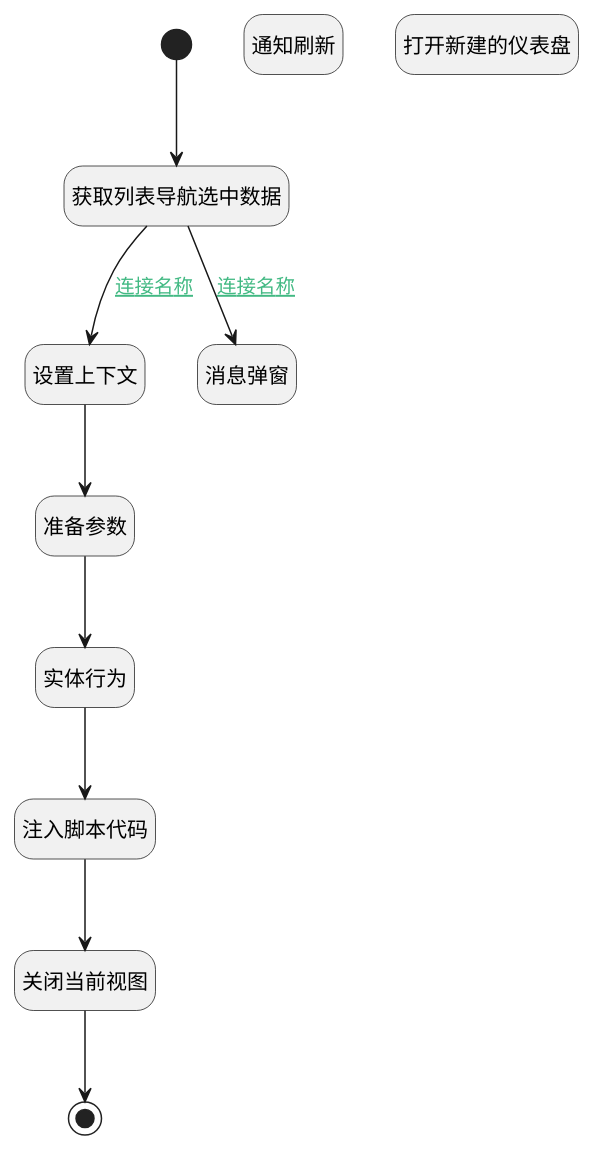
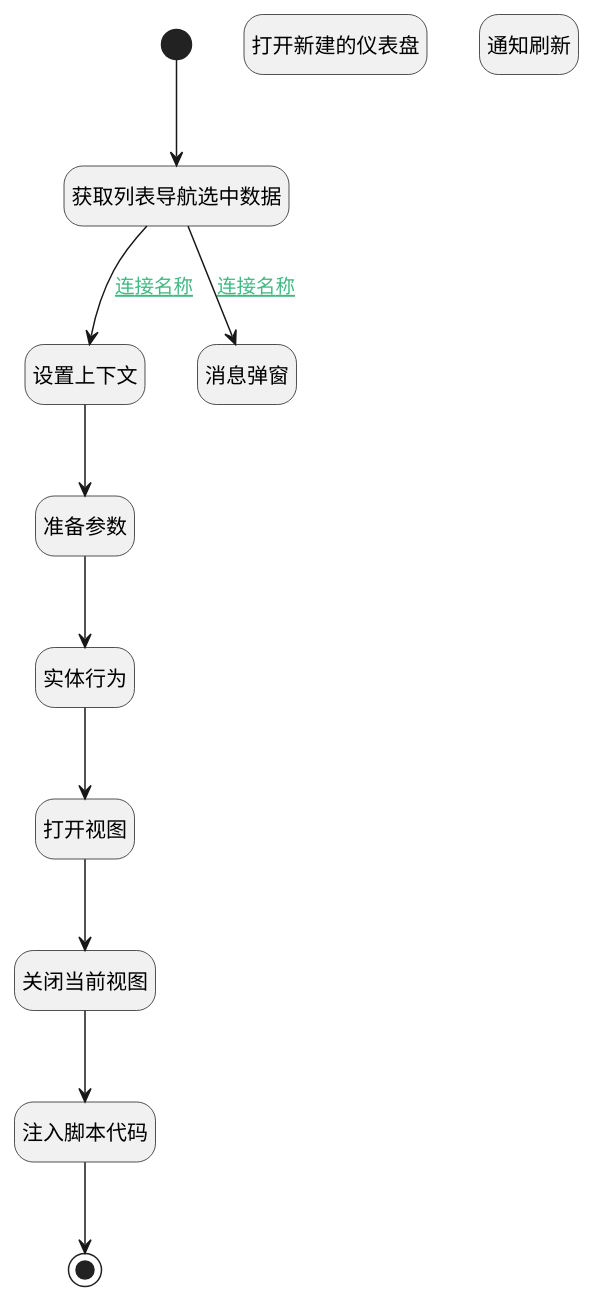
The diagram in doc/docsify/module/Base/dyna_dashboard/uilogic/use_cur_template_no_closed.md (iBizLab/plm), drawn with PlantUML before and after one commit. The commit also changed other lines of this file and 1778 other files, not shown here.

````diff
--- a/doc/docsify/module/Base/dyna_dashboard/uilogic/use_cur_template_no_closed.md
+++ b/doc/docsify/module/Base/dyna_dashboard/uilogic/use_cur_template_no_closed.md
@@ -7,35 +7,37 @@
 ```plantuml
 @startuml
 hide footbox
 <style>
 root {
   HyperlinkColor #42b983
 }
 </style>
 
 hide empty description
 state "开始" as Begin <<start>> [[$./use_cur_template_no_closed#begin {开始}]]
-state "注入脚本代码" as RAWJSCODE4  [[$./use_cur_template_no_closed#rawjscode4 {注入脚本代码}]]
-state "准备参数" as PREPAREJSPARAM2  [[$./use_cur_template_no_closed#preparejsparam2 {准备参数}]]
+state "设置上下文" as RAWJSCODE1  [[$./use_cur_template_no_closed#rawjscode1 {设置上下文}]]
+state "获取列表导航选中数据" as PREPAREJSPARAM1  [[$./use_cur_template_no_closed#preparejsparam1 {获取列表导航选中数据}]]
+state "注入脚本代码" as RAWJSCODE5  [[$./use_cur_template_no_closed#rawjscode5 {注入脚本代码}]]
+state "关闭当前视图" as RAWJSCODE2  [[$./use_cur_template_no_closed#rawjscode2 {关闭当前视图}]]
 state "实体行为" as DEACTION1  [[$./use_cur_template_no_closed#deaction1 {实体行为}]]
+state "打开新建的仪表盘" as DEUIACTION1  [[$./use_cur_template_no_closed#deuiaction1 {打开新建的仪表盘}]]
+state "打开视图" as RAWJSCODE4  [[$./use_cur_template_no_closed#rawjscode4 {打开视图}]]
 state "通知刷新" as RAWJSCODE3  [[$./use_cur_template_no_closed#rawjscode3 {通知刷新}]]
-state "关闭当前视图" as RAWJSCODE2  [[$./use_cur_template_no_closed#rawjscode2 {关闭当前视图}]]
-state "获取列表导航选中数据" as PREPAREJSPARAM1  [[$./use_cur_template_no_closed#preparejsparam1 {获取列表导航选中数据}]]
-state "设置上下文" as RAWJSCODE1  [[$./use_cur_template_no_closed#rawjscode1 {设置上下文}]]
 state "消息弹窗" as MSGBOX1  [[$./use_cur_template_no_closed#msgbox1 {消息弹窗}]]
 state "结束" as END1 <<end>> [[$./use_cur_template_no_closed#end1 {结束}]]
-state "打开新建的仪表盘" as DEUIACTION1  [[$./use_cur_template_no_closed#deuiaction1 {打开新建的仪表盘}]]
+state "准备参数" as PREPAREJSPARAM2  [[$./use_cur_template_no_closed#preparejsparam2 {准备参数}]]
 
 
 Begin --> PREPAREJSPARAM1
 PREPAREJSPARAM1 --> RAWJSCODE1 : [[$./use_cur_template_no_closed#preparejsparam1-rawjscode1{连接名称} 连接名称]]
 RAWJSCODE1 --> PREPAREJSPARAM2
 PREPAREJSPARAM2 --> DEACTION1
 DEACTION1 --> RAWJSCODE4
 RAWJSCODE4 --> RAWJSCODE2
-RAWJSCODE2 --> END1
+RAWJSCODE2 --> RAWJSCODE5
+RAWJSCODE5 --> END1
 PREPAREJSPARAM1 --> MSGBOX1 : [[$./use_cur_template_no_closed#preparejsparam1-msgbox1{连接名称} 连接名称]]
 
 
 @enduml
 ```
````
